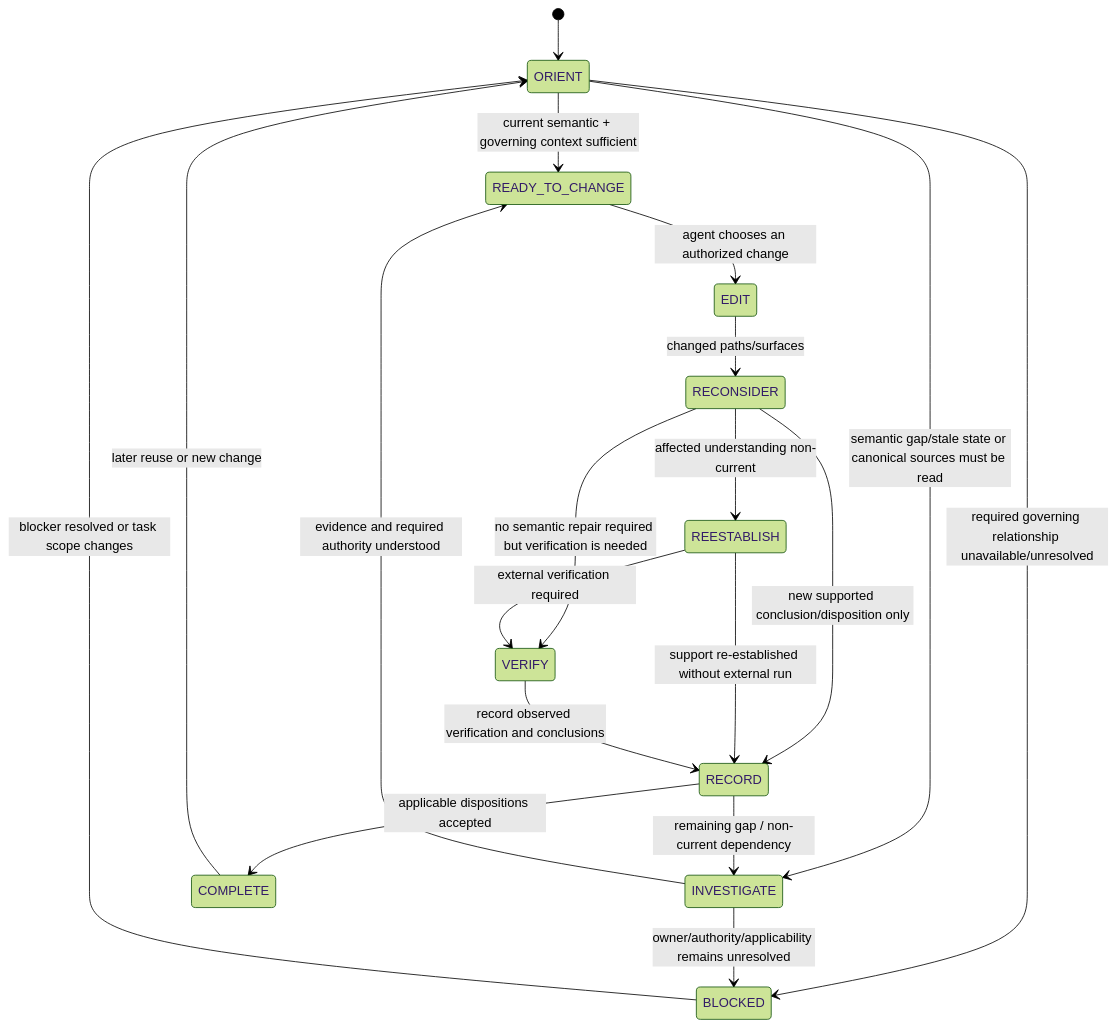
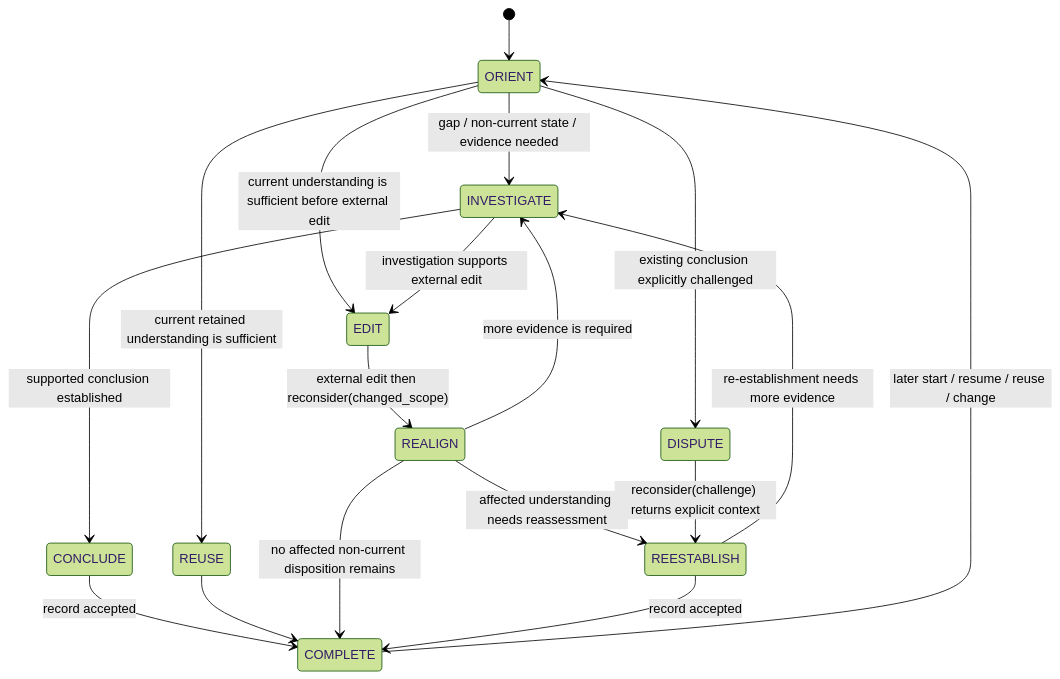
The second of 2 diagrams in docs/lifecycle-contract.md (pontivus-com/span), drawn with Mermaid (forest theme) before and after one commit. The commit also changed other lines of this file, not shown here.

Commit message:
docs: align Functional Pyramid with existing Span runtime lifecycle

````diff
--- a/docs/lifecycle-contract.md
+++ b/docs/lifecycle-contract.md
@@ -907,24 +933,27 @@
 ```mermaid
 stateDiagram-v2
     [*] --> ORIENT
-    ORIENT --> READY_TO_CHANGE: current semantic + governing context sufficient
-    ORIENT --> INVESTIGATE: semantic gap/stale state or canonical sources must be read
-    ORIENT --> BLOCKED: required governing relationship unavailable/unresolved
 
-    INVESTIGATE --> READY_TO_CHANGE: evidence and required authority understood
-    INVESTIGATE --> BLOCKED: owner/authority/applicability remains unresolved
-    BLOCKED --> ORIENT: blocker resolved or task scope changes
+    ORIENT --> REUSE: current retained understanding is sufficient
+    ORIENT --> INVESTIGATE: gap / non-current state / evidence needed
+    ORIENT --> EDIT: current understanding is sufficient before external edit
+    ORIENT --> DISPUTE: existing conclusion explicitly challenged
 
-    READY_TO_CHANGE --> EDIT: agent chooses an authorized change
-    EDIT --> RECONSIDER: changed paths/surfaces
-    RECONSIDER --> REESTABLISH: affected understanding non-current
-    RECONSIDER --> VERIFY: no semantic repair required but verification is needed
-    RECONSIDER --> RECORD: new supported conclusion/disposition only
+    INVESTIGATE --> CONCLUDE: supported conclusion established
+    INVESTIGATE --> EDIT: investigation supports external edit
 
-    REESTABLISH --> VERIFY: external verification required
-    REESTABLISH --> RECORD: support re-established without external run
-    VERIFY --> RECORD: record observed verification and conclusions
-    RECORD --> INVESTIGATE: remaining gap / non-current dependency
-    RECORD --> COMPLETE: applicable dispositions accepted
-    COMPLETE --> ORIENT: later reuse or new change
+    CONCLUDE --> COMPLETE: record accepted
+    REUSE --> COMPLETE
+
+    EDIT --> REALIGN: external edit then reconsider(changed_scope)
+    REALIGN --> COMPLETE: no affected non-current disposition remains
+    REALIGN --> REESTABLISH: affected understanding needs reassessment
+    REALIGN --> INVESTIGATE: more evidence is required
+
+    REESTABLISH --> COMPLETE: record accepted
+    REESTABLISH --> INVESTIGATE: re-establishment needs more evidence
+
+    DISPUTE --> REESTABLISH: reconsider(challenge) returns explicit context
+
+    COMPLETE --> ORIENT: later start / resume / reuse / change
 ```
````
